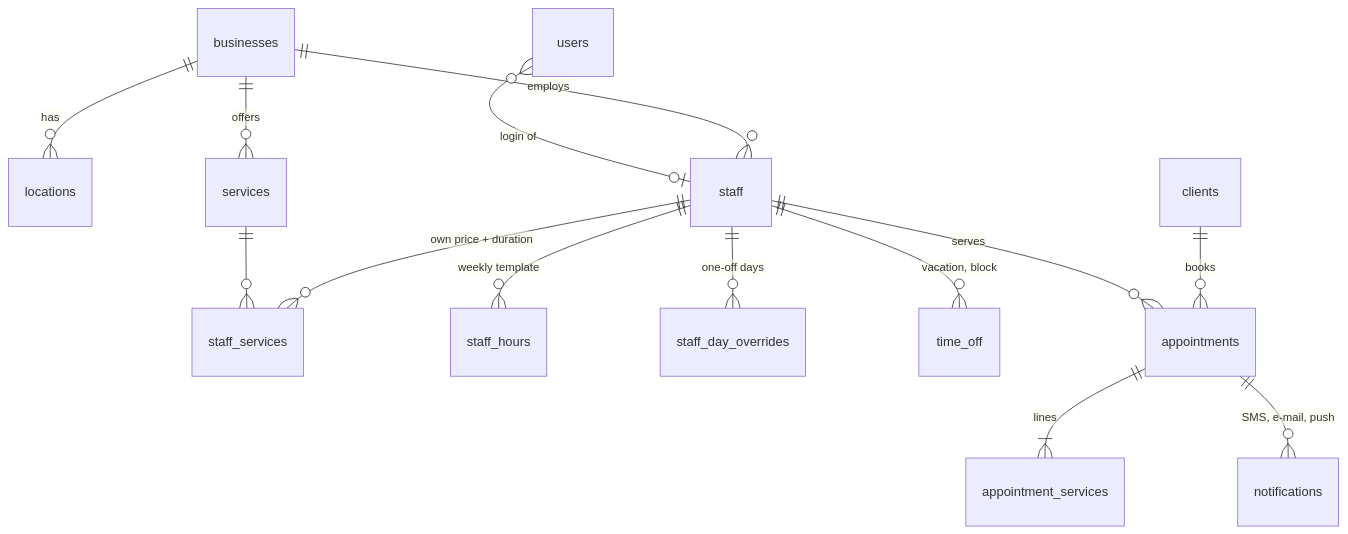
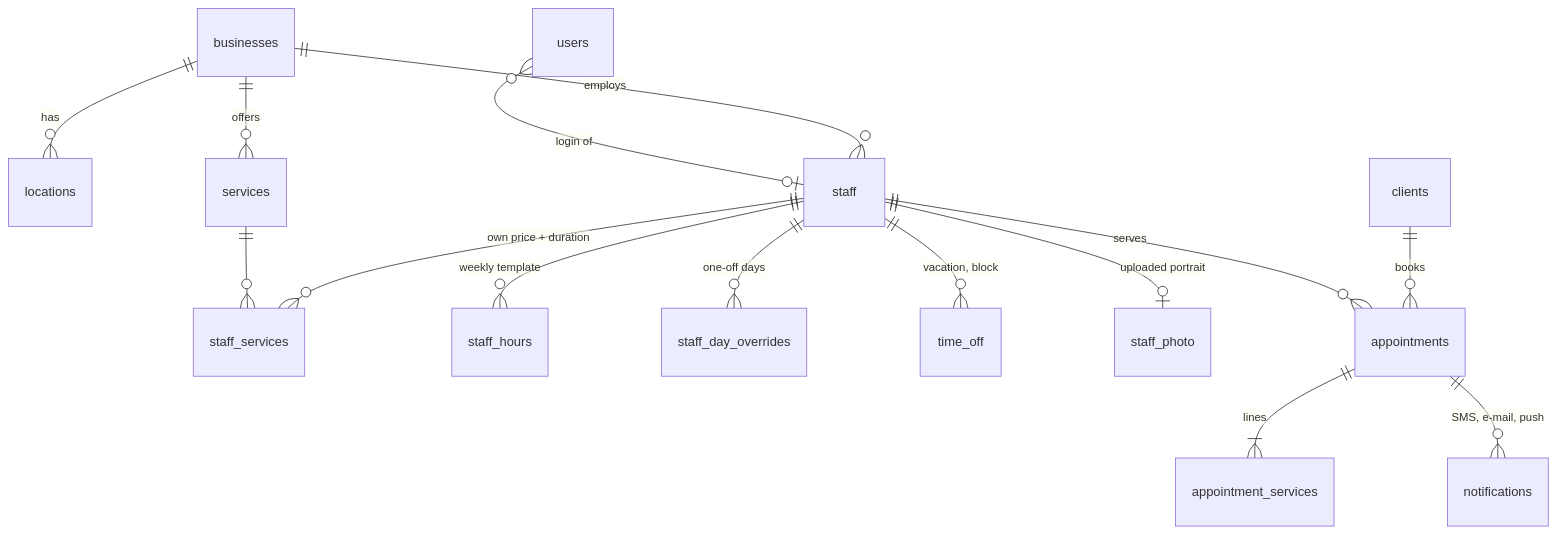
Before and after one commit to dimnovare/rempire-booking: the diagram in docs/data-model.md, drawn with Mermaid. The commit also changed other lines of this file and 8 other files, not shown here.

````diff
--- a/docs/data-model.md
+++ b/docs/data-model.md
@@ -34,16 +34,17 @@
 ```mermaid
 erDiagram
   businesses ||--o{ locations : has
   businesses ||--o{ staff : employs
   businesses ||--o{ services : offers
   staff ||--o{ staff_services : "own price + duration"
   services ||--o{ staff_services : ""
   staff ||--o{ staff_hours : "weekly template"
   staff ||--o{ staff_day_overrides : "one-off days"
   staff ||--o{ time_off : "vacation, block"
+  staff ||--o| staff_photo : "uploaded portrait"
   clients ||--o{ appointments : books
   staff ||--o{ appointments : serves
   appointments ||--|{ appointment_services : lines
   appointments ||--o{ notifications : "SMS, e-mail, push"
   users }o--o| staff : "login of"
 ```
````
